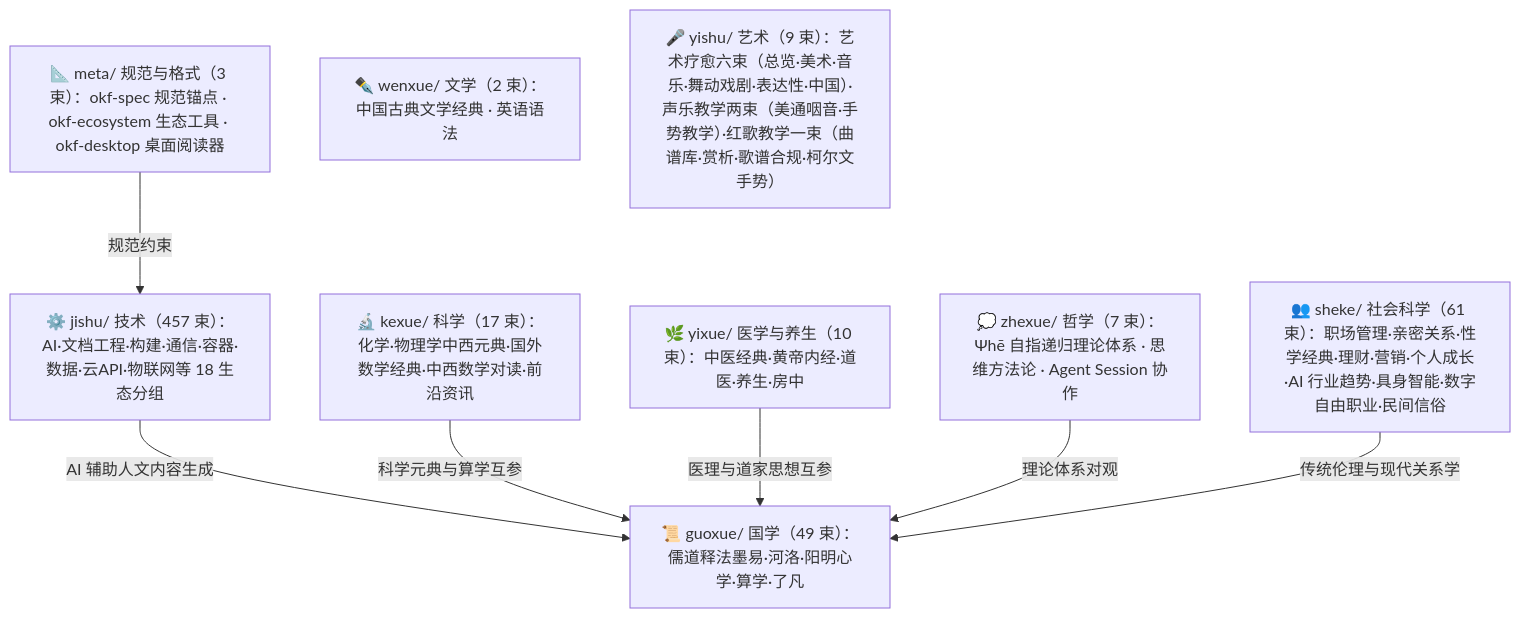
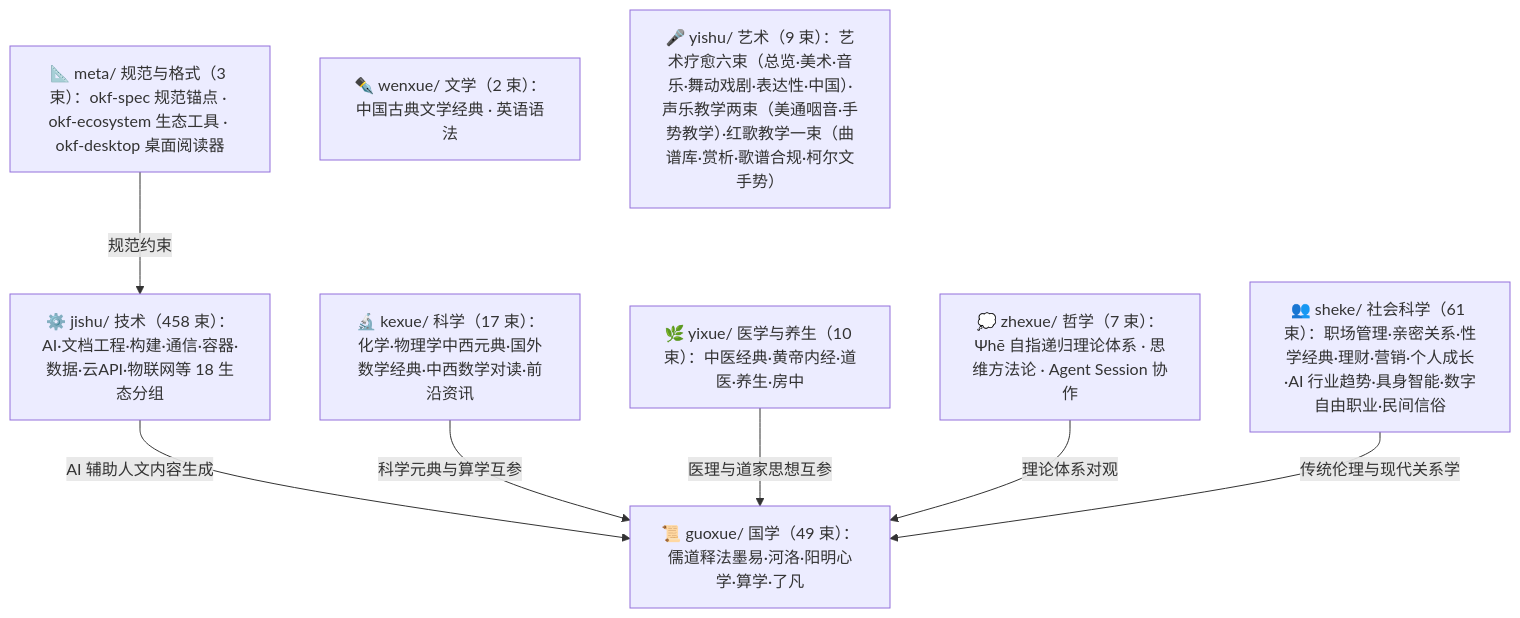
Before and after one commit to awesome-flexloop/awesome-okf: the diagram in doc/bundles/index.md, drawn with Mermaid. The commit also changed other lines of this file and 15 other files, not shown here.

````diff
--- a/doc/bundles/index.md
+++ b/doc/bundles/index.md
@@ -21,18 +21,18 @@
 ```mermaid
 flowchart TD
     meta["📐 meta/ 规范与格式（3 束）：okf-spec 规范锚点 · okf-ecosystem 生态工具 · okf-desktop 桌面阅读器"]
     guoxue["📜 guoxue/ 国学（49 束）：儒道释法墨易·河洛·阳明心学·算学·了凡"]
     zhexue["💭 zhexue/ 哲学（7 束）：Ψhē 自指递归理论体系 · 思维方法论 · Agent Session 协作"]
     kexue["🔬 kexue/ 科学（17 束）：化学·物理学中西元典·国外数学经典·中西数学对读·前沿资讯"]
     wenxue["✒️ wenxue/ 文学（2 束）：中国古典文学经典 · 英语语法"]
     yixue["🌿 yixue/ 医学与养生（10 束）：中医经典·黄帝内经·道医·养生·房中"]
     sheke["👥 sheke/ 社会科学（61 束）：职场管理·亲密关系·性学经典·理财·营销·个人成长·AI 行业趋势·具身智能·数字自由职业·民间信俗"]
     yishu["🎤 yishu/ 艺术（9 束）：艺术疗愈六束（总览·美术·音乐·舞动戏剧·表达性·中国）·声乐教学两束（美通咽音·手势教学）·红歌教学一束（曲谱库·赏析·歌谱合规·柯尔文手势）"]
-    jishu["⚙️ jishu/ 技术（457 束）：AI·文档工程·构建·通信·容器·数据·云API·物联网等 18 生态分组"]
+    jishu["⚙️ jishu/ 技术（458 束）：AI·文档工程·构建·通信·容器·数据·云API·物联网等 18 生态分组"]
     meta -->|"规范约束"| jishu
     jishu -->|"AI 辅助人文内容生成"| guoxue
     kexue -->|"科学元典与算学互参"| guoxue
     yixue -->|"医理与道家思想互参"| guoxue
     zhexue -->|"理论体系对观"| guoxue
     sheke -->|"传统伦理与现代关系学"| guoxue
 ```
````
